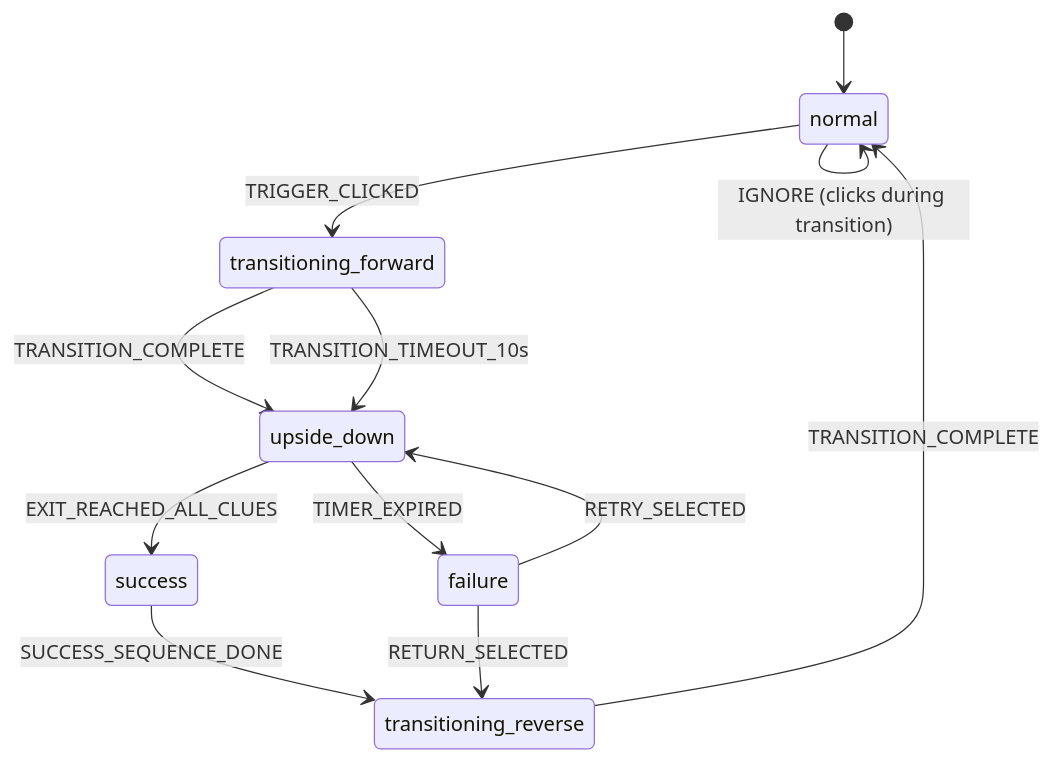
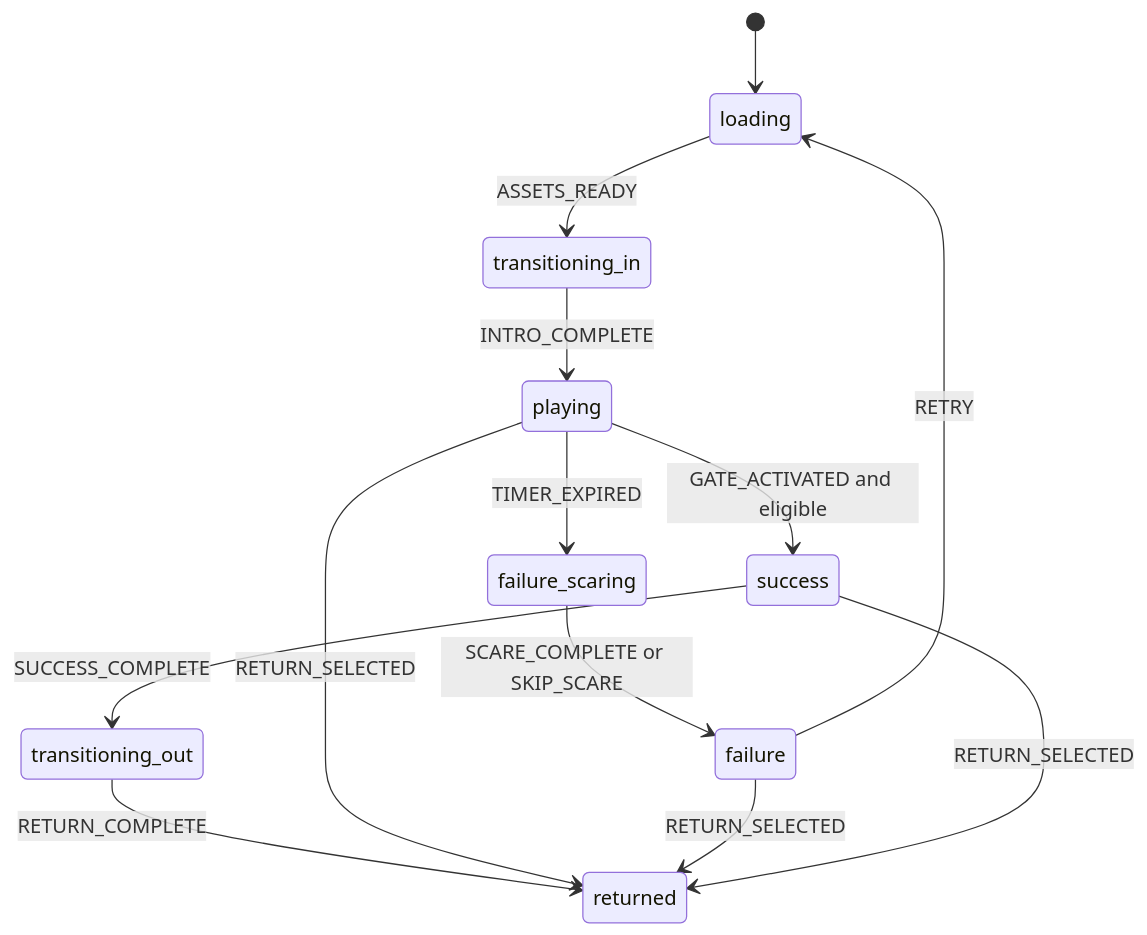
One commit to aasrithj/kiroween-hackathon-project changed the second of 2 diagrams in .kiro/specs/upside-down-escape/design.md. Above: the diagram before and after it, drawn with Mermaid. The commit also changed other lines of this file and 71 other files, not shown here.

````diff
--- a/.kiro/specs/upside-down-escape/design.md
+++ b/.kiro/specs/upside-down-escape/design.md
@@ -62,14 +128,15 @@
 ```mermaid
 stateDiagram-v2
-    [*] --> normal
-    normal --> transitioning_forward : TRIGGER_CLICKED
-    transitioning_forward --> upside_down : TRANSITION_COMPLETE
-    transitioning_forward --> upside_down : TRANSITION_TIMEOUT_10s
-    upside_down --> success : EXIT_REACHED_ALL_CLUES
-    upside_down --> failure : TIMER_EXPIRED
-    success --> transitioning_reverse : SUCCESS_SEQUENCE_DONE
-    failure --> upside_down : RETRY_SELECTED
-    failure --> transitioning_reverse : RETURN_SELECTED
-    transitioning_reverse --> normal : TRANSITION_COMPLETE
-    normal --> normal : IGNORE (clicks during transition)
+  [*] --> loading
+  loading --> transitioning_in: ASSETS_READY
+  transitioning_in --> playing: INTRO_COMPLETE
+  playing --> failure_scaring: TIMER_EXPIRED
+  failure_scaring --> failure: SCARE_COMPLETE or SKIP_SCARE
+  playing --> success: GATE_ACTIVATED and eligible
+  success --> transitioning_out: SUCCESS_COMPLETE
+  transitioning_out --> returned: RETURN_COMPLETE
+  failure --> loading: RETRY
+  playing --> returned: RETURN_SELECTED
+  failure --> returned: RETURN_SELECTED
+  success --> returned: RETURN_SELECTED
 ```
````
